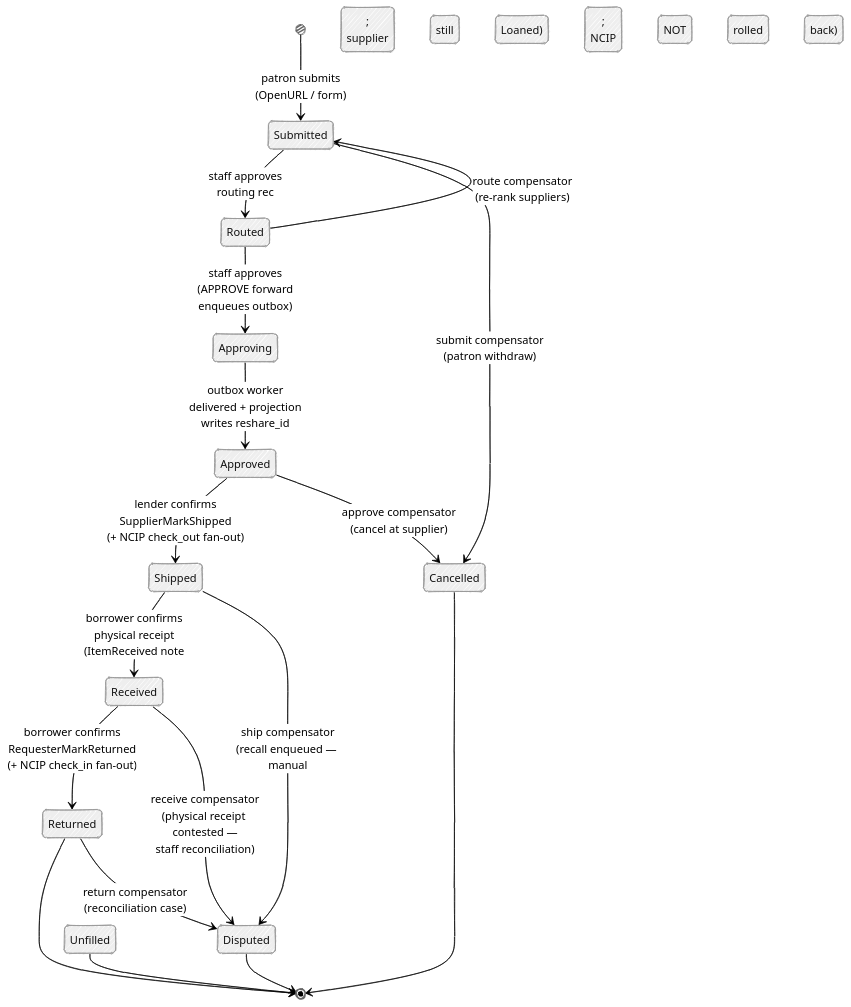
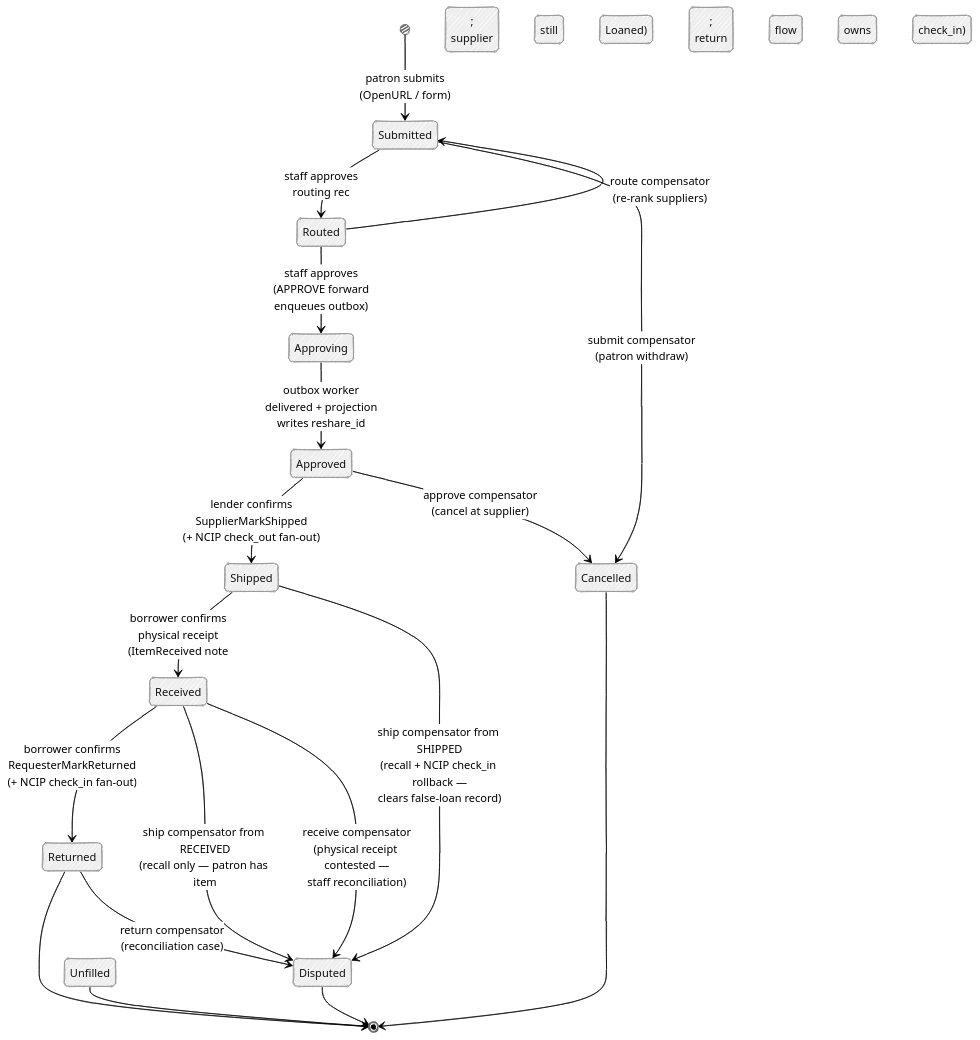
The second of 5 diagrams in docs/architecture.md (gmanch94/agora), drawn with Mermaid before and after one commit. The commit also changed other lines of this file and 7 other files, not shown here.

````diff
--- a/docs/architecture.md
+++ b/docs/architecture.md
@@ -88,26 +88,27 @@
 ```mermaid
 ---
 config:
   look: handDrawn
   theme: neutral
 ---
 stateDiagram-v2
     [*] --> Submitted: patron submits<br/>(OpenURL / form)
     Submitted --> Routed: staff approves<br/>routing rec
     Routed --> Approving: staff approves<br/>(APPROVE forward<br/>enqueues outbox)
     Approving --> Approved: outbox worker<br/>delivered + projection<br/>writes reshare_id
     Approved --> Shipped: lender confirms<br/>SupplierMarkShipped<br/>(+ NCIP check_out fan-out)
     Shipped --> Received: borrower confirms<br/>physical receipt<br/>(ItemReceived note;<br/>supplier still Loaned)
     Received --> Returned: borrower confirms<br/>RequesterMarkReturned<br/>(+ NCIP check_in fan-out)
     Returned --> [*]
 
     Submitted --> Cancelled: submit compensator<br/>(patron withdraw)
     Routed --> Submitted: route compensator<br/>(re-rank suppliers)
     Approved --> Cancelled: approve compensator<br/>(cancel at supplier)
-    Shipped --> Disputed: ship compensator<br/>(recall enqueued — manual;<br/>NCIP NOT rolled back)
+    Shipped --> Disputed: ship compensator from SHIPPED<br/>(recall + NCIP check_in rollback —<br/>clears false-loan record)
+    Received --> Disputed: ship compensator from RECEIVED<br/>(recall only — patron has item;<br/>return flow owns check_in)
     Received --> Disputed: receive compensator<br/>(physical receipt contested —<br/>staff reconciliation)
     Returned --> Disputed: return compensator<br/>(reconciliation case)
     Cancelled --> [*]
     Unfilled --> [*]
     Disputed --> [*]
 ```
````
